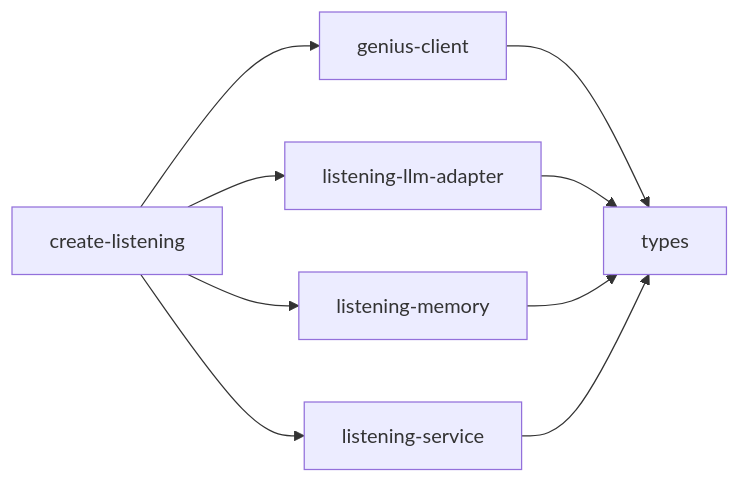
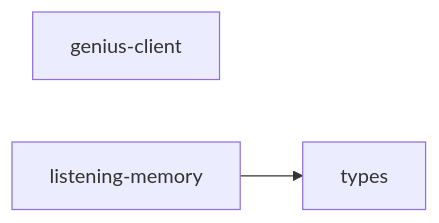
Before and after one commit to OJII3/vicissitude: the diagram in packages/listening/DEPS.md, drawn with Mermaid. The commit also changed other lines of this file and 15 other files, not shown here.

````diff
--- a/packages/listening/DEPS.md
+++ b/packages/listening/DEPS.md
@@ -7,12 +7,6 @@
 ```mermaid
 graph LR
-  create_listening["create-listening"] --> genius_client["genius-client"]
-  create_listening["create-listening"] --> listening_llm_adapter["listening-llm-adapter"]
-  create_listening["create-listening"] --> listening_memory["listening-memory"]
-  create_listening["create-listening"] --> listening_service["listening-service"]
-  genius_client["genius-client"] --> types
-  listening_llm_adapter["listening-llm-adapter"] --> types
+  genius_client["genius-client"]
   listening_memory["listening-memory"] --> types
-  listening_service["listening-service"] --> types
   types
 ```
````
